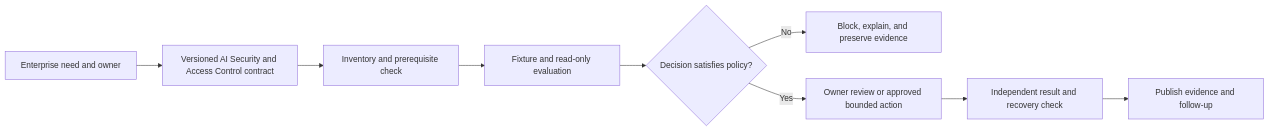
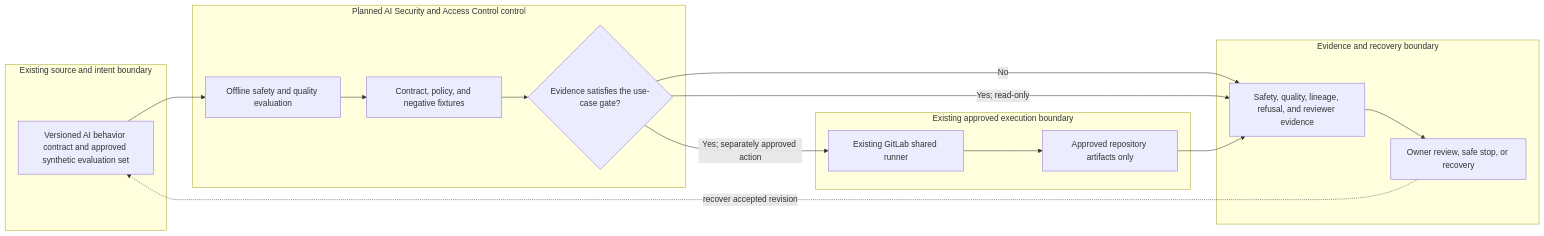
The diagram in docs/use-cases/healthcare-ai/UC-AI-011-ai-security-and-access-control.md (MIDHTECH/enterprise-architecture-docs), drawn with Mermaid before and after one commit. The commit also changed other lines of this file and 227 other files, not shown here.

Commit message:
Deepen architecture for all use case designs

````diff
--- a/docs/use-cases/healthcare-ai/UC-AI-011-ai-security-and-access-control.md
+++ b/docs/use-cases/healthcare-ai/UC-AI-011-ai-security-and-access-control.md
@@ -136,11 +129,25 @@
 ```mermaid
 flowchart LR
-    Need["Enterprise need and owner"] --> Contract["Versioned AI Security and Access Control contract"]
-    Contract --> Preflight["Inventory and prerequisite check"]
-    Preflight --> Evaluate["Fixture and read-only evaluation"]
-    Evaluate --> Decision{"Decision satisfies policy?"}
-    Decision -->|No| Stop["Block, explain, and preserve evidence"]
-    Decision -->|Yes| Review["Owner review or approved bounded action"]
-    Review --> Verify["Independent result and recovery check"]
-    Verify --> Publish["Publish evidence and follow-up"]
+    subgraph Source["Existing source and intent boundary"]
+        A["Versioned AI behavior contract and approved synthetic evaluation set"]
+    end
+    subgraph Planned["Planned AI Security and Access Control control"]
+        B["Offline safety and quality evaluation"]
+        C["Contract, policy, and negative fixtures"]
+        D{"Evidence satisfies the use-case gate?"}
+    end
+    subgraph Runtime["Existing approved execution boundary"]
+        E["Existing GitLab shared runner"]
+        F["Approved repository artifacts only"]
+    end
+    subgraph Assurance["Evidence and recovery boundary"]
+        G["Safety, quality, lineage, refusal, and reviewer evidence"]
+        H["Owner review, safe stop, or recovery"]
+    end
+
+    A --> B --> C --> D
+    D -->|No| G --> H
+    D -->|Yes; read-only| G
+    D -->|Yes; separately approved action| E --> F --> G
+    H -. recover accepted revision .-> A
 ```
````
